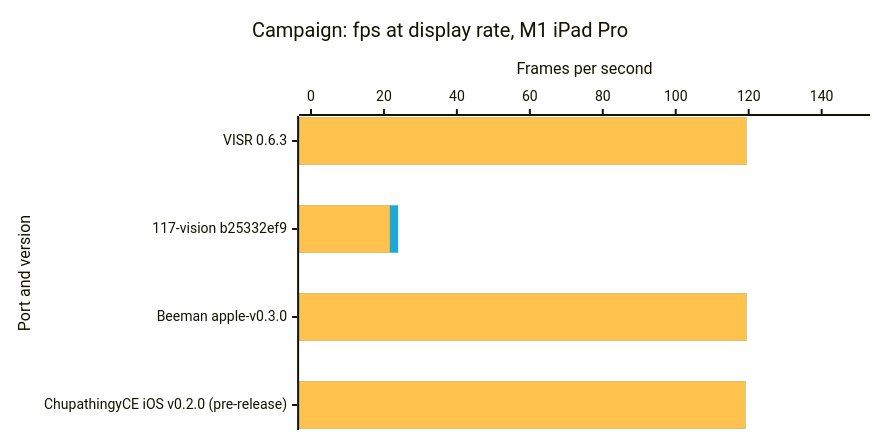
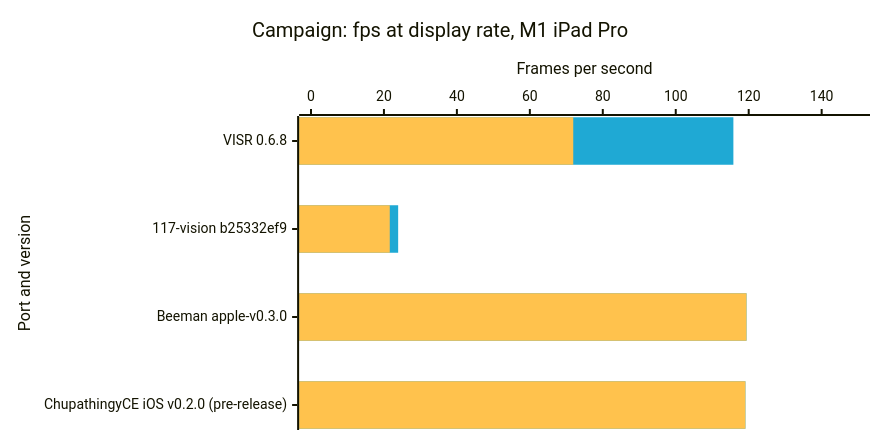
The third of 7 diagrams in docs/benchmarks.md (VISR-CE/visr), drawn with Mermaid before and after one commit. The commit also changed other lines of this file and 4 other files, not shown here.

````diff
--- a/docs/benchmarks.md
+++ b/docs/benchmarks.md
@@ -78,17 +78,17 @@
 ```mermaid
 ---
 config:
   xyChart:
     width: 860
     height: 420
   themeVariables:
     xyChart:
       plotColorPalette: "#1fa9d4, #ffc24d"
 ---
 xychart-beta horizontal
     title "Campaign: fps at display rate, M1 iPad Pro"
-    x-axis "Port and version" ["VISR 0.6.3", "117-vision b25332ef9", "Beeman apple-v0.3.0", "ChupathingyCE iOS v0.2.0 (pre-release)"]
+    x-axis "Port and version" ["VISR 0.6.8", "117-vision b25332ef9", "Beeman apple-v0.3.0", "ChupathingyCE iOS v0.2.0 (pre-release)"]
     y-axis "Frames per second" 0 --> 150
-    bar [119.4, 23.9, 119.4, 119.1]
-    bar [119.4, 21.6, 119.4, 119.1]
+    bar [115.8, 23.9, 119.4, 119.1]
+    bar [71.9, 21.6, 119.4, 119.1]
 ```
````
